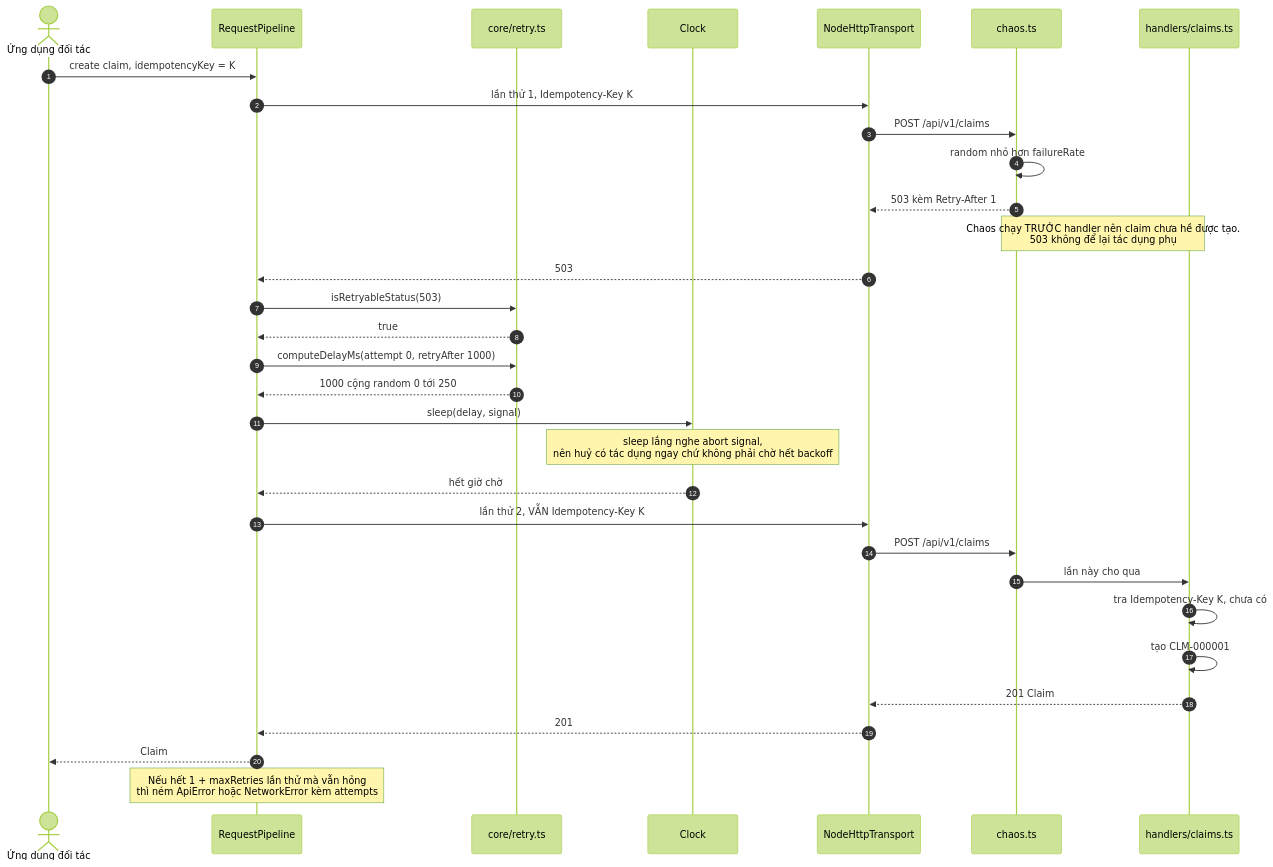
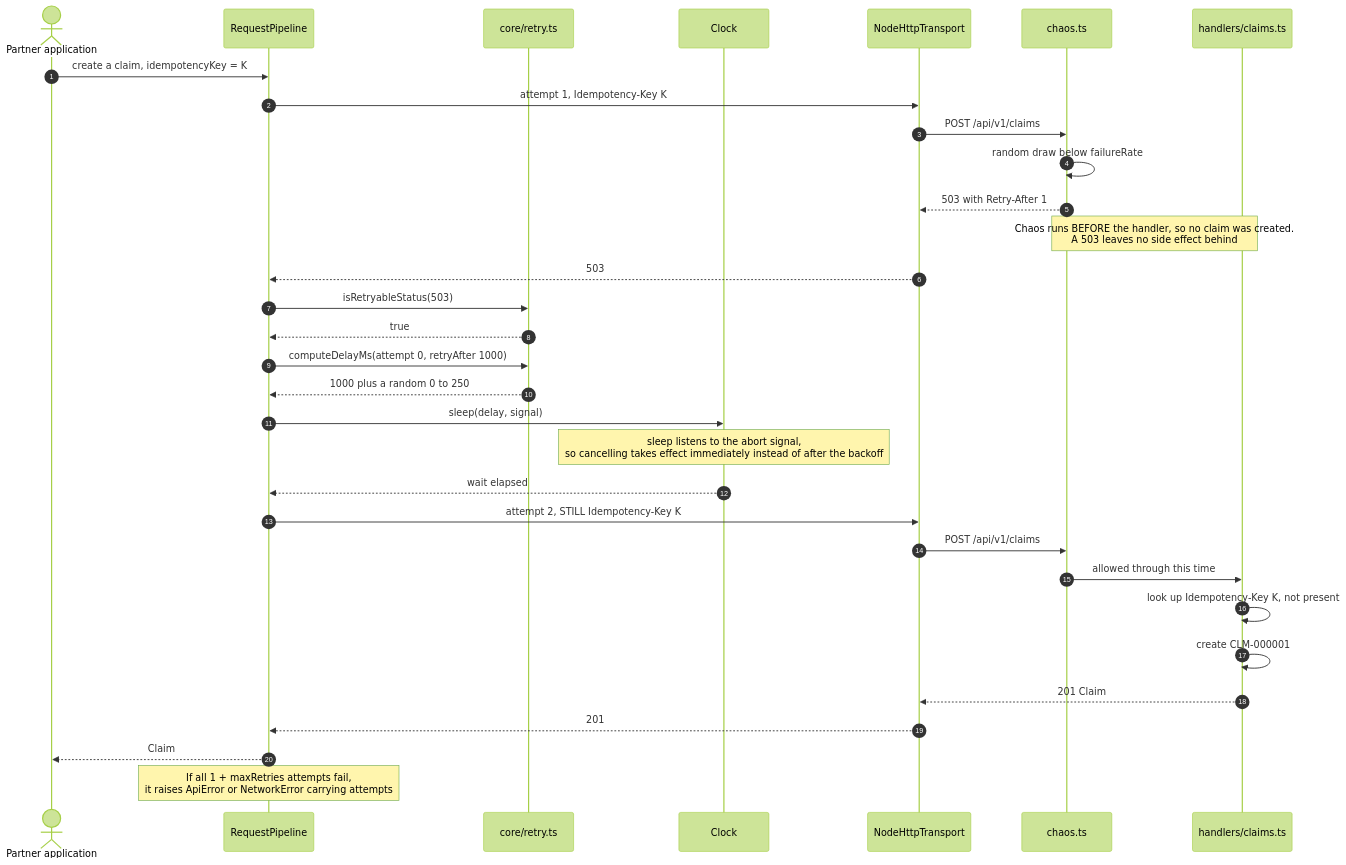
Before and after one commit to vuminhluan/ai-challenge13: the diagram in docs/diagrams/02-retry-503.md, drawn with Mermaid (forest theme). The commit also changed other lines of this file and 34 other files, not shown here.

Commit message:
docs: chuyển README, examples, tests và diagrams sang tiếng Anh, thêm bảng timeline

````diff
--- a/docs/diagrams/02-retry-503.md
+++ b/docs/diagrams/02-retry-503.md
@@ -5,38 +5,38 @@
 ```mermaid
 sequenceDiagram
     autonumber
-    actor Partner as Ứng dụng đối tác
+    actor Partner as Partner application
     participant Pipe as RequestPipeline
     participant Retry as core/retry.ts
     participant Clock as Clock
     participant Tr as NodeHttpTransport
     participant Chaos as chaos.ts
     participant H as handlers/claims.ts
 
-    Partner->>Pipe: create claim, idempotencyKey = K
-    Pipe->>Tr: lần thử 1, Idempotency-Key K
+    Partner->>Pipe: create a claim, idempotencyKey = K
+    Pipe->>Tr: attempt 1, Idempotency-Key K
     Tr->>Chaos: POST /api/v1/claims
-    Chaos->>Chaos: random nhỏ hơn failureRate
-    Chaos-->>Tr: 503 kèm Retry-After 1
-    Note over Chaos,H: Chaos chạy TRƯỚC handler nên claim chưa hề được tạo.<br/>503 không để lại tác dụng phụ
+    Chaos->>Chaos: random draw below failureRate
+    Chaos-->>Tr: 503 with Retry-After 1
+    Note over Chaos,H: Chaos runs BEFORE the handler, so no claim was created.<br/>A 503 leaves no side effect behind
 
     Tr-->>Pipe: 503
     Pipe->>Retry: isRetryableStatus(503)
     Retry-->>Pipe: true
     Pipe->>Retry: computeDelayMs(attempt 0, retryAfter 1000)
-    Retry-->>Pipe: 1000 cộng random 0 tới 250
+    Retry-->>Pipe: 1000 plus a random 0 to 250
     Pipe->>Clock: sleep(delay, signal)
-    Note over Clock: sleep lắng nghe abort signal,<br/>nên huỷ có tác dụng ngay chứ không phải chờ hết backoff
-    Clock-->>Pipe: hết giờ chờ
+    Note over Clock: sleep listens to the abort signal,<br/>so cancelling takes effect immediately instead of after the backoff
+    Clock-->>Pipe: wait elapsed
 
-    Pipe->>Tr: lần thử 2, VẪN Idempotency-Key K
+    Pipe->>Tr: attempt 2, STILL Idempotency-Key K
     Tr->>Chaos: POST /api/v1/claims
-    Chaos->>H: lần này cho qua
-    H->>H: tra Idempotency-Key K, chưa có
-    H->>H: tạo CLM-000001
+    Chaos->>H: allowed through this time
+    H->>H: look up Idempotency-Key K, not present
+    H->>H: create CLM-000001
     H-->>Tr: 201 Claim
     Tr-->>Pipe: 201
     Pipe-->>Partner: Claim
 
-    Note over Pipe: Nếu hết 1 + maxRetries lần thử mà vẫn hỏng<br/>thì ném ApiError hoặc NetworkError kèm attempts
+    Note over Pipe: If all 1 + maxRetries attempts fail,<br/>it raises ApiError or NetworkError carrying attempts
 ```
````
